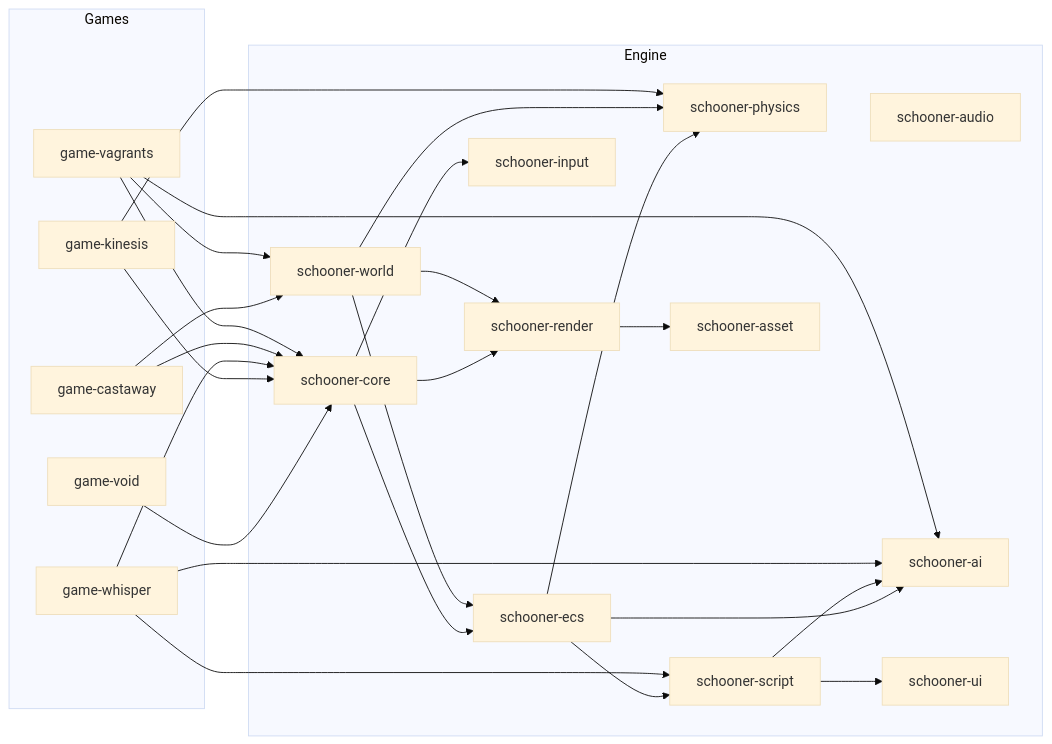
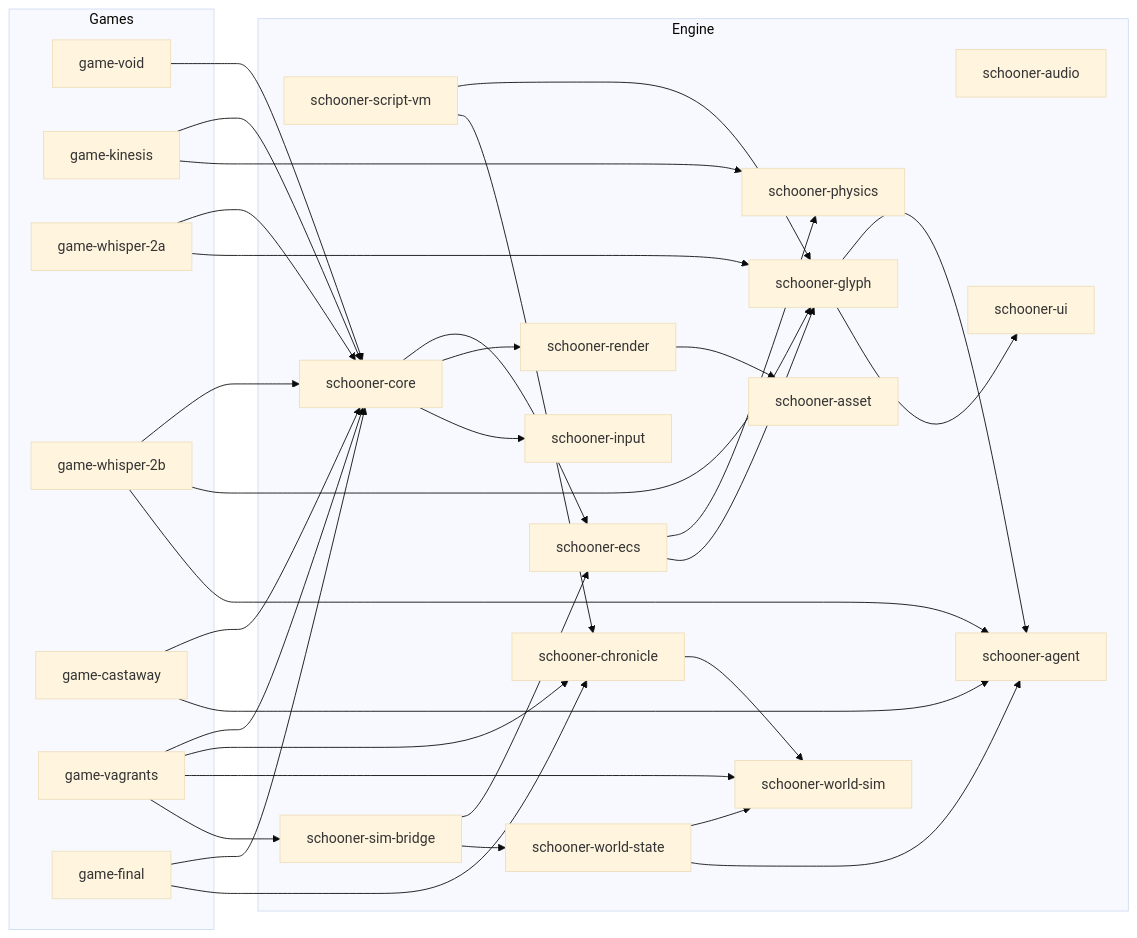
The second of 2 diagrams in plans/plan.md (MuirDun/schooner), drawn with Mermaid (base theme) before and after one commit. The commit also changed other lines of this file and 13 other files, not shown here.

Commit message:
shape the architecture and plans

````diff
--- a/plans/plan.md
+++ b/plans/plan.md
@@ -179,49 +257,63 @@
 ```mermaid
 graph LR
     subgraph Engine
         ECS[schooner-ecs]
         Render[schooner-render]
         Physics[schooner-physics]
-        Script[schooner-script]
+        VM[schooner-script-vm]
+        Glyph[schooner-glyph]
+        Chronicle[schooner-chronicle]
         Audio[schooner-audio]
         Input[schooner-input]
-        AI[schooner-ai]
-        World[schooner-world]
+        Agent[schooner-agent]
+        WorldState[schooner-world-state]
+        WorldSim[schooner-world-sim]
+        Bridge[schooner-sim-bridge]
         UI[schooner-ui]
         Asset[schooner-asset]
         Core[schooner-core]
     end
 
     subgraph Games
         G0[game-void]
         G1[game-kinesis]
-        G2[game-whisper]
+        G2A[game-whisper-2a]
+        G2B[game-whisper-2b]
         G3[game-castaway]
         G4[game-vagrants]
+        G5[game-final]
     end
 
     Core --> ECS
     Core --> Render
     Core --> Input
     ECS --> Physics
-    ECS --> Script
-    ECS --> AI
+    VM --> Glyph
+    VM --> Chronicle
+    ECS --> Glyph
+    Glyph --> Agent
+    Chronicle --> WorldSim
+    WorldState --> WorldSim
+    WorldState --> Agent
+    Bridge --> ECS
+    Bridge --> WorldState
     Render --> Asset
-    Script --> UI
-    Script --> AI
-    World --> ECS
-    World --> Render
-    World --> Physics
+    Glyph --> UI
 
     G0 --> Core
     G1 --> Core
     G1 --> Physics
-    G2 --> Core
-    G2 --> Script
-    G2 --> AI
+    G2A --> Core
+    G2A --> Glyph
+    G2B --> Core
+    G2B --> Glyph
+    G2B --> Agent
     G3 --> Core
-    G3 --> World
+    G3 --> Agent
     G4 --> Core
-    G4 --> AI
-    G4 --> World
+    G4 --> Chronicle
+    G4 --> WorldSim
+    G4 --> Bridge
+    G5 --> Core
+    G5 --> Chronicle
 ```
````
